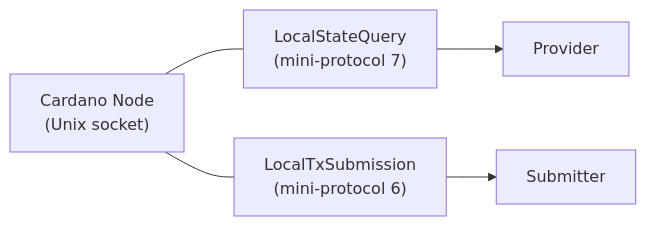
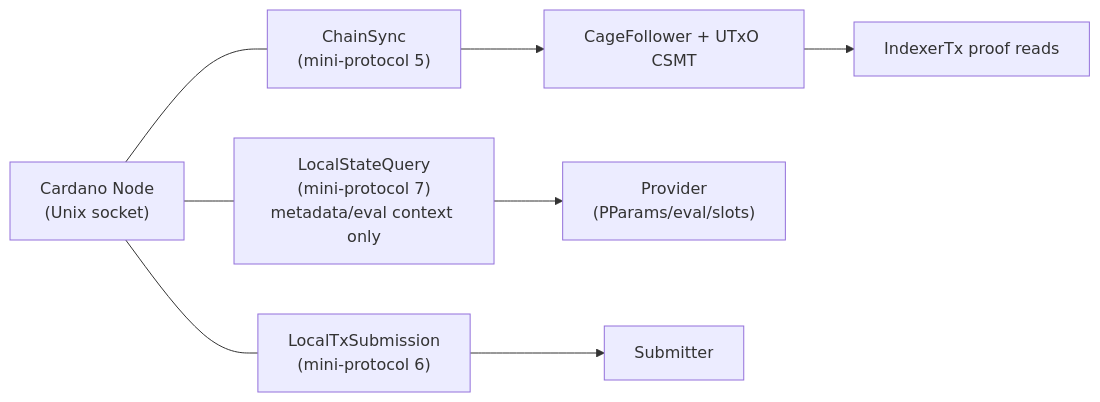
Before and after one commit to lambdasistemi/cardano-mpfs-offchain: the first of 2 diagrams in docs/architecture/data-sources.md, drawn with Mermaid. The commit also changed other lines of this file and 9 other files, not shown here.

````diff
--- a/docs/architecture/data-sources.md
+++ b/docs/architecture/data-sources.md
@@ -9,16 +15,21 @@
 ```mermaid
 graph LR
     NODE["Cardano Node<br/>(Unix socket)"]
 
-    LSQ["LocalStateQuery<br/>(mini-protocol 7)"]
+    CS["ChainSync<br/>(mini-protocol 5)"]
+    LSQ["LocalStateQuery<br/>(mini-protocol 7)<br/>metadata/eval context only"]
     LTS["LocalTxSubmission<br/>(mini-protocol 6)"]
 
+    NODE --- CS
     NODE --- LSQ
     NODE --- LTS
 
-    PRV["Provider"]
+    IDX["CageFollower + UTxO CSMT"]
+    READS["IndexerTx proof reads"]
+    PRV["Provider<br/>(PParams/eval/slots)"]
     SUB["Submitter"]
 
+    CS --> IDX --> READS
     LSQ --> PRV
     LTS --> SUB
 ```
````
